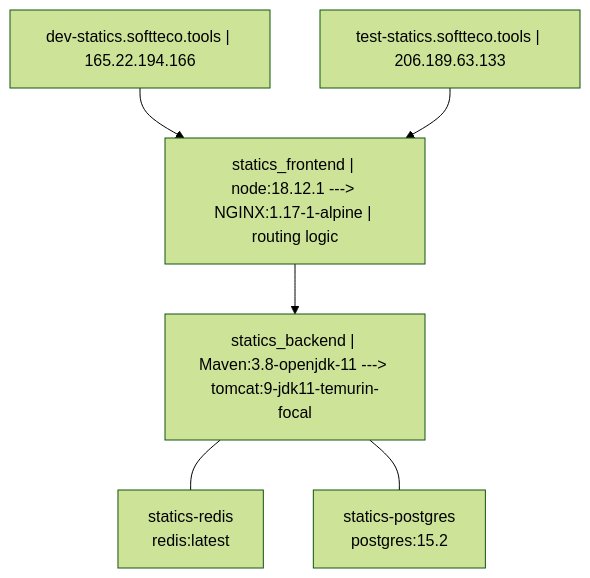
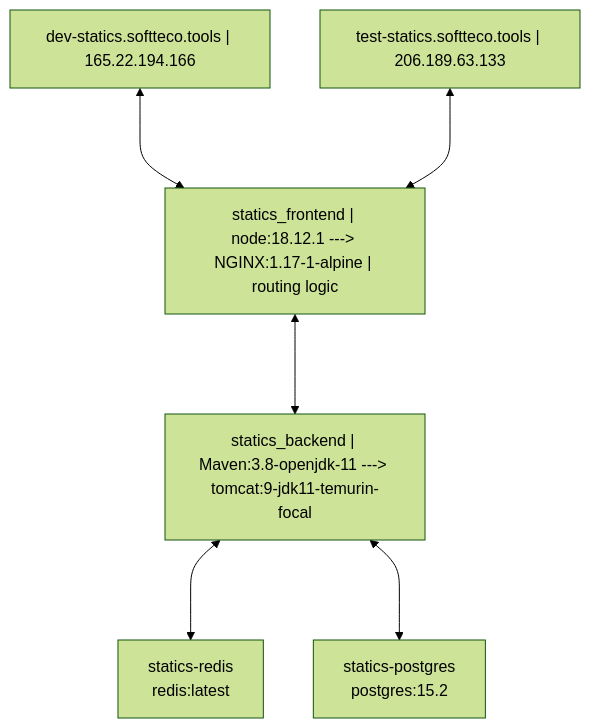
Before and after one commit to ivaniddqd/mkdocs-test: the diagram in docs/statics.md, drawn with Mermaid (forest theme). The commit also changed other lines of this file, not shown here.

````diff
--- a/docs/statics.md
+++ b/docs/statics.md
@@ -7,14 +14,14 @@
 ``` mermaid
 flowchart TD
-    A["dev-statics.softteco.tools | 165.22.194.166"]-->C
-    B["test-statics.softteco.tools | 206.189.63.133"]-->C
-    C["statics_frontend | node:18.12.1 ---> NGINX:1.17-1-alpine | routing logic"]-->D
+    A["dev-statics.softteco.tools | 165.22.194.166"]<--->C
+    B["test-statics.softteco.tools | 206.189.63.133"]<--->C
+    C["statics_frontend | node:18.12.1 ---> NGINX:1.17-1-alpine | routing logic"]<--->D
     D["statics_backend | Maven:3.8-openjdk-11 ---> tomcat:9-jdk11-temurin-focal"]
     DB1[statics-redis 
     redis:latest]
     DB2[statics-postgres
     postgres:15.2
     ]
-	D --- DB1
-	D --- DB2
+	D <---> DB1
+	D <---> DB2
 ```
````
